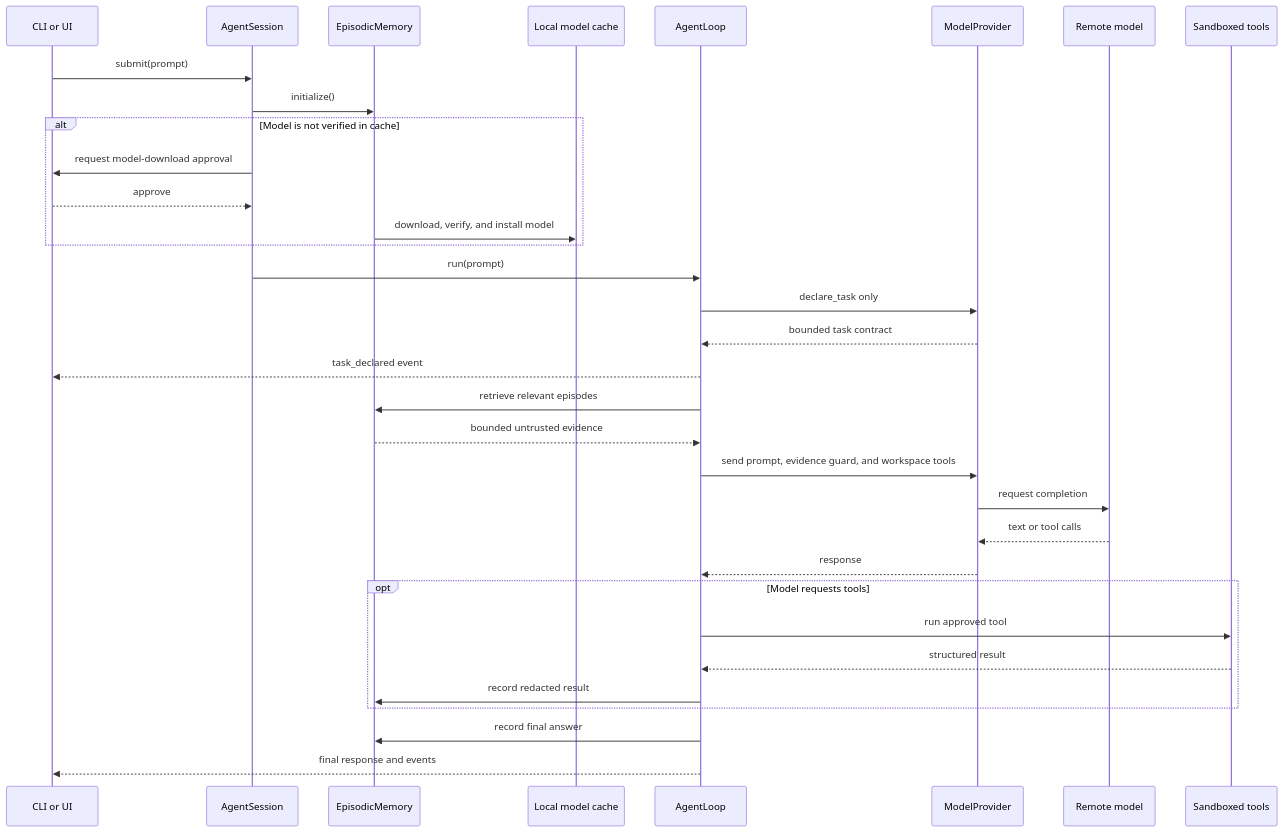
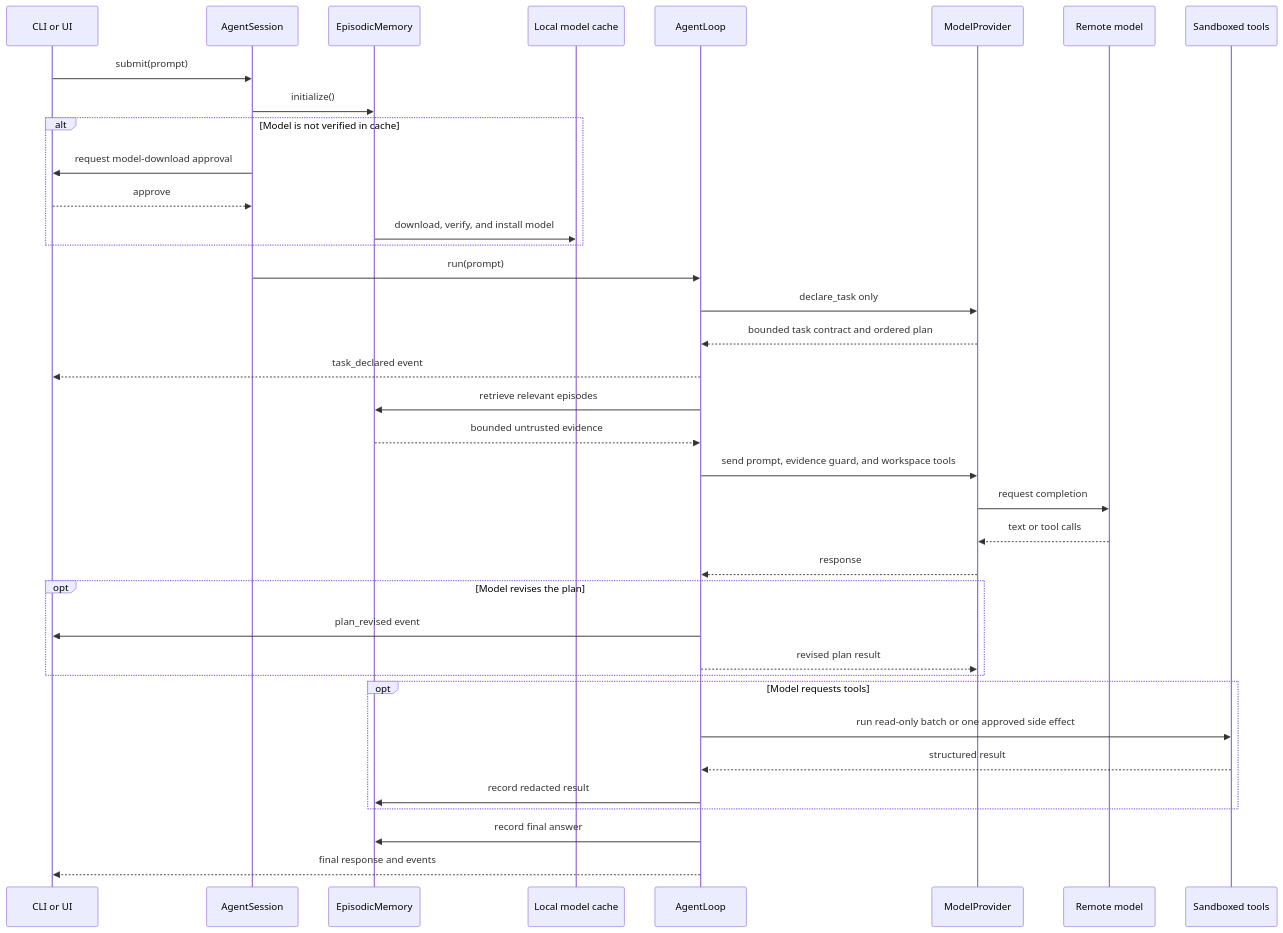
The second of 2 diagrams in ARCHITECTURE.md (cyonix/codesmith), drawn with Mermaid before and after one commit. The commit also changed other lines of this file and 18 other files, not shown here.

First line of the commit message:
feat(agent): enforce plans before side effects

````diff
--- a/ARCHITECTURE.md
+++ b/ARCHITECTURE.md
@@ -86,36 +86,40 @@
 ```mermaid
 sequenceDiagram
   participant Client as CLI or UI
   participant Session as AgentSession
   participant Memory as EpisodicMemory
   participant Cache as Local model cache
   participant Agent as AgentLoop
   participant Provider as ModelProvider
   participant Model as Remote model
   participant Tools as Sandboxed tools
 
   Client->>Session: submit(prompt)
   Session->>Memory: initialize()
   alt Model is not verified in cache
     Session->>Client: request model-download approval
     Client-->>Session: approve
     Memory->>Cache: download, verify, and install model
   end
   Session->>Agent: run(prompt)
   Agent->>Provider: declare_task only
-  Provider-->>Agent: bounded task contract
+  Provider-->>Agent: bounded task contract and ordered plan
   Agent-->>Client: task_declared event
   Agent->>Memory: retrieve relevant episodes
   Memory-->>Agent: bounded untrusted evidence
   Agent->>Provider: send prompt, evidence guard, and workspace tools
   Provider->>Model: request completion
   Model-->>Provider: text or tool calls
   Provider-->>Agent: response
+  opt Model revises the plan
+    Agent->>Client: plan_revised event
+    Agent-->>Provider: revised plan result
+  end
   opt Model requests tools
-    Agent->>Tools: run approved tool
+    Agent->>Tools: run read-only batch or one approved side effect
     Tools-->>Agent: structured result
     Agent->>Memory: record redacted result
   end
   Agent->>Memory: record final answer
   Agent-->>Client: final response and events
 ```
````
